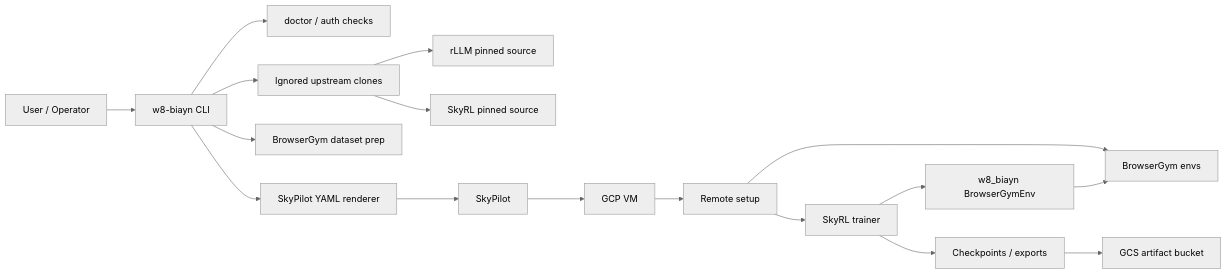
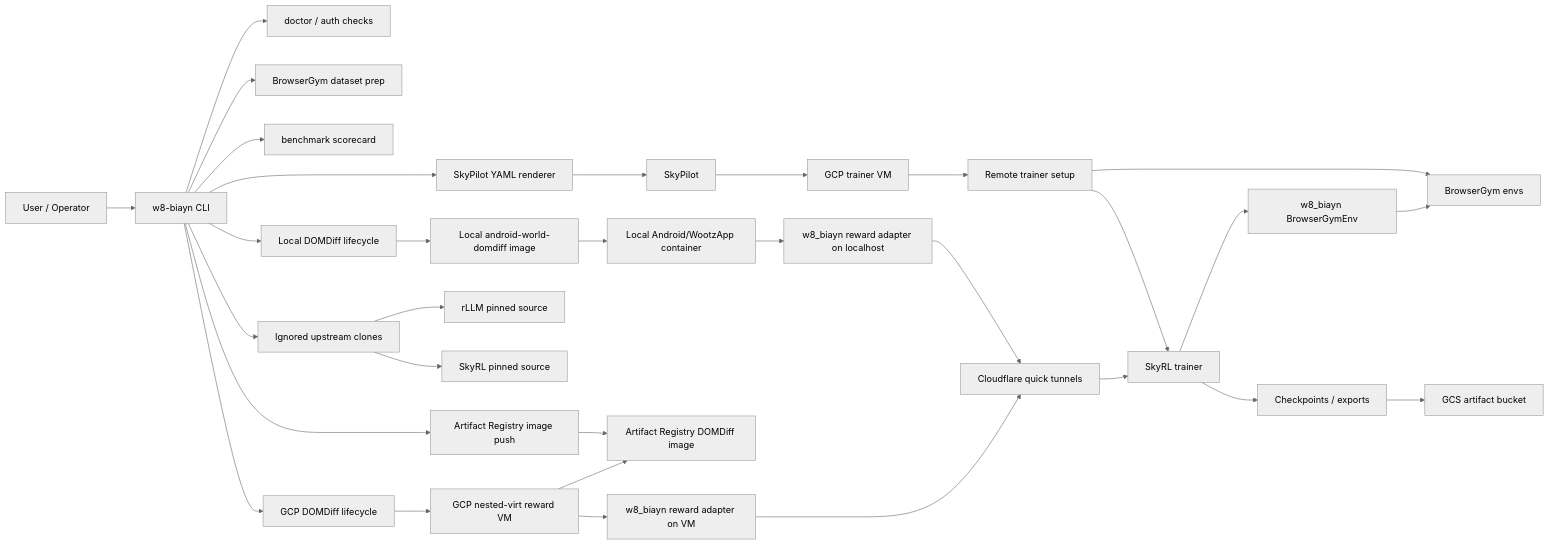
Before and after one commit to sandys/browser-is-all-you-need: the first of 2 diagrams in README.md, drawn with Mermaid (neutral theme). The commit also changed other lines of this file and 25 other files, not shown here.

Commit message:
Add R3 pipeline CLI and DOMDiff scaffolding

````diff
--- a/README.md
+++ b/README.md
@@ -85,21 +214,35 @@
 ```mermaid
 flowchart LR
   user[User / Operator] --> cli[w8-biayn CLI]
   cli --> doctor[doctor / auth checks]
   cli --> render[SkyPilot YAML renderer]
   cli --> data[BrowserGym dataset prep]
+  cli --> bench[benchmark scorecard]
+  cli --> domdiff_local[Local DOMDiff lifecycle]
+  cli --> domdiff_gcp[GCP DOMDiff lifecycle]
+  cli --> gar[Artifact Registry image push]
   cli --> upstreams[Ignored upstream clones]
 
   upstreams --> rllm[rLLM pinned source]
   upstreams --> skyrl[SkyRL pinned source]
 
   render --> sky[SkyPilot]
-  sky --> gcp[GCP VM]
-  gcp --> setup[Remote setup]
+  sky --> gcp[GCP trainer VM]
+  gcp --> setup[Remote trainer setup]
   setup --> skyrl_remote[SkyRL trainer]
   setup --> browsergym[BrowserGym envs]
   skyrl_remote --> adapter[w8_biayn BrowserGymEnv]
   adapter --> browsergym
+  domdiff_local --> local_image[Local android-world-domdiff image]
+  local_image --> local_container[Local Android/WootzApp container]
+  local_container --> local_reward[w8_biayn reward adapter on localhost]
+  local_reward --> tunnels[Cloudflare quick tunnels]
+  domdiff_gcp --> reward_vm[GCP nested-virt reward VM]
+  gar --> artifact_image[Artifact Registry DOMDiff image]
+  reward_vm --> artifact_image
+  reward_vm --> gcp_reward[w8_biayn reward adapter on VM]
+  gcp_reward --> tunnels
+  tunnels --> skyrl_remote
   skyrl_remote --> checkpoints[Checkpoints / exports]
   checkpoints --> gcs[GCS artifact bucket]
 ```
````
